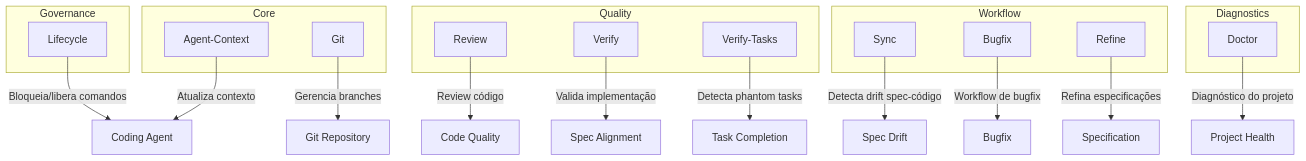
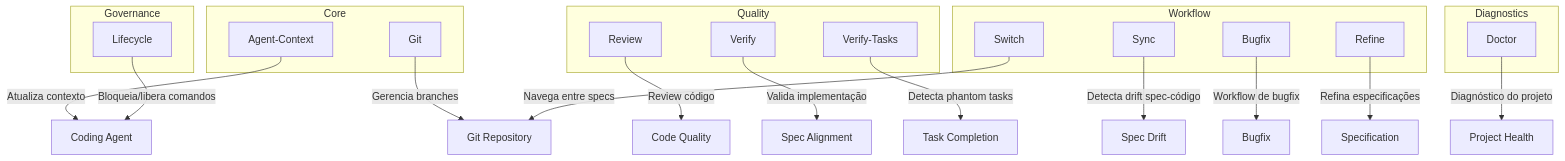
Before and after one commit to wagner-sousa/spec-kit-docker: the third of 11 diagrams in README.md, drawn with Mermaid. The commit also changed other lines of this file and 8 other files, not shown here.

First line of the commit message:
feat: add switch extension for navigating between specs

````diff
--- a/README.md
+++ b/README.md
@@ -91,38 +91,40 @@
 ```mermaid
 graph TB
     subgraph "Core"
         A[Agent-Context]
         B[Git]
     end
 
     subgraph "Quality"
         C[Review]
         D[Verify]
         E[Verify-Tasks]
     end
 
     subgraph "Workflow"
         F[Sync]
         G[Bugfix]
         H[Refine]
+        K[Switch]
     end
 
     subgraph "Governance"
         J[Lifecycle]
     end
 
     subgraph "Diagnostics"
         I[Doctor]
     end
 
     A -->|Atualiza contexto| L[Coding Agent]
     B -->|Gerencia branches| M[Git Repository]
     C -->|Review código| N[Code Quality]
     D -->|Valida implementação| O[Spec Alignment]
     E -->|Detecta phantom tasks| P[Task Completion]
     F -->|Detecta drift spec-código| Q[Spec Drift]
     G -->|Workflow de bugfix| R[Bugfix]
     H -->|Refina especificações| S[Specification]
     J -->|Bloqueia/libera comandos| L
+    K -->|Navega entre specs| M
     I -->|Diagnóstico do projeto| T[Project Health]
 ```
````
